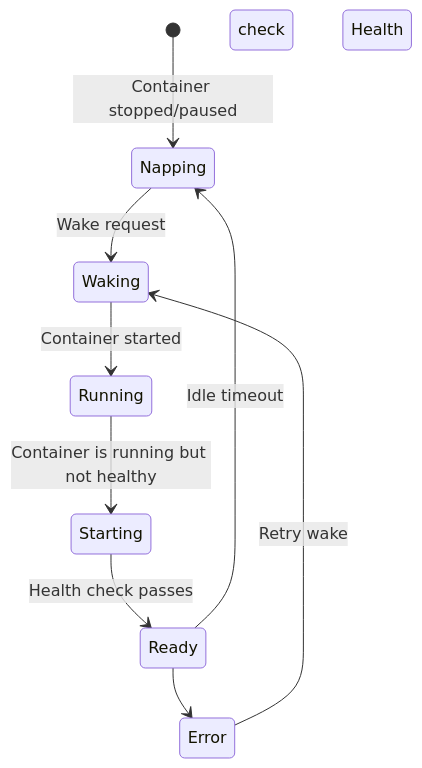
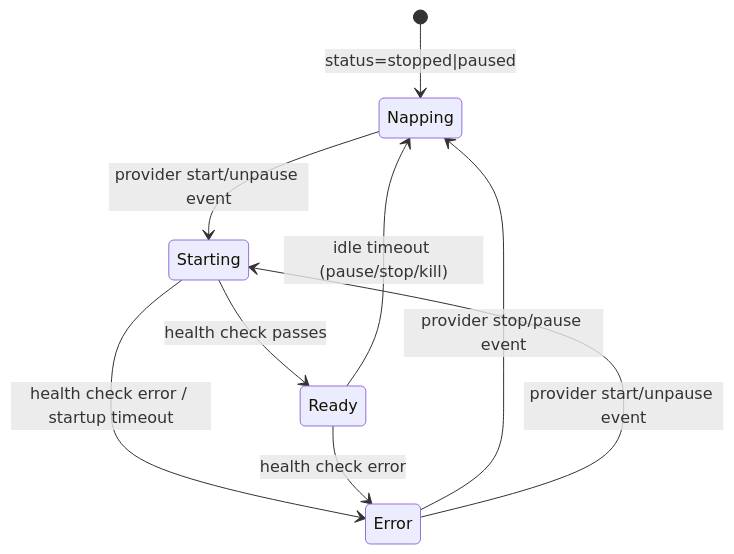
One commit to yusing/godoxy changed the fourth of 11 diagrams in internal/idlewatcher/README.md. Above: the diagram before and after it, drawn with Mermaid. The commit also changed other lines of this file, not shown here.

````diff
--- a/internal/idlewatcher/README.md
+++ b/internal/idlewatcher/README.md
@@ -136,11 +148,14 @@
 ```mermaid
 stateDiagram-v2
-    [*] --> Napping: Container stopped/paused
-    Napping --> Waking: Wake request
-    Waking --> Running: Container started
-    Running --> Starting: Container is running but not healthy
-    Starting --> Ready: Health check passes
-    Ready --> Napping: Idle timeout
-    Ready --> Error check fails: Health
-    Error --> Waking: Retry wake
+    [*] --> Napping: status=stopped|paused
+
+    Napping --> Starting: provider start/unpause event
+    Starting --> Ready: health check passes
+    Starting --> Error: health check error / startup timeout
+
+    Ready --> Napping: idle timeout (pause/stop/kill)
+    Ready --> Error: health check error
+
+    Error --> Napping: provider stop/pause event
+    Error --> Starting: provider start/unpause event
 ```
````
